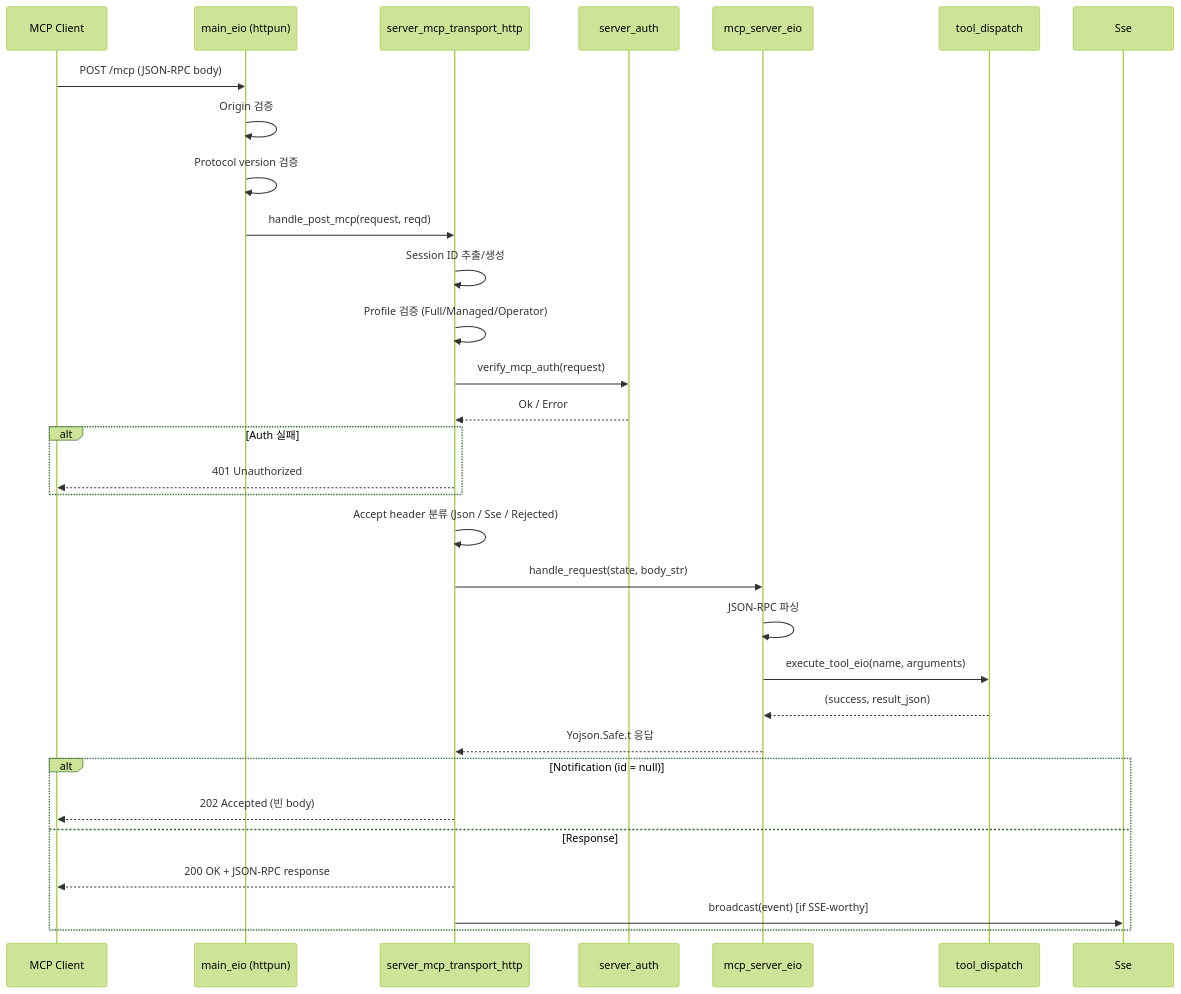
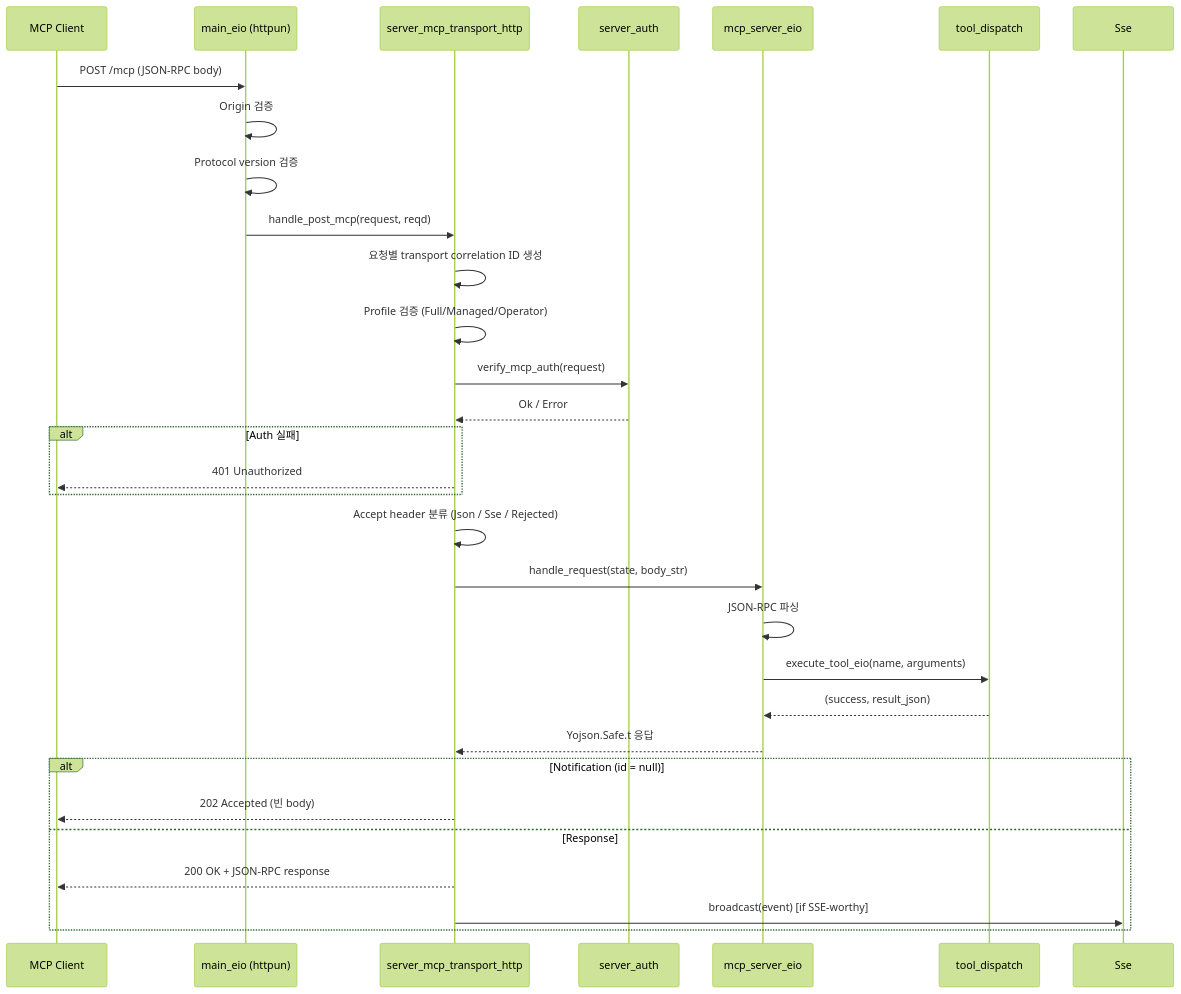
The second of 3 diagrams in docs/spec/09-server-transport.md (jeong-sik/masc), drawn with Mermaid (forest theme) before and after one commit. The commit also changed other lines of this file and 173 other files, not shown here.

````diff
--- a/docs/spec/09-server-transport.md
+++ b/docs/spec/09-server-transport.md
@@ -664,37 +647,37 @@
 ```mermaid
 sequenceDiagram
     participant C as MCP Client
     participant H as main_eio (httpun)
     participant T as server_mcp_transport_http
     participant A as server_auth
     participant M as mcp_server_eio
     participant D as tool_dispatch
     participant S as Sse
 
     C->>H: POST /mcp (JSON-RPC body)
     H->>H: Origin 검증
     H->>H: Protocol version 검증
     H->>T: handle_post_mcp(request, reqd)
-    T->>T: Session ID 추출/생성
+    T->>T: 요청별 transport correlation ID 생성
     T->>T: Profile 검증 (Full/Managed/Operator)
     T->>A: verify_mcp_auth(request)
     A-->>T: Ok / Error
 
     alt Auth 실패
         T-->>C: 401 Unauthorized
     end
 
     T->>T: Accept header 분류 (Json / Sse / Rejected)
     T->>M: handle_request(state, body_str)
     M->>M: JSON-RPC 파싱
     M->>D: execute_tool_eio(name, arguments)
     D-->>M: (success, result_json)
     M-->>T: Yojson.Safe.t 응답
 
     alt Notification (id = null)
         T-->>C: 202 Accepted (빈 body)
     else Response
         T-->>C: 200 OK + JSON-RPC response
         T->>S: broadcast(event) [if SSE-worthy]
     end
 ```
````
